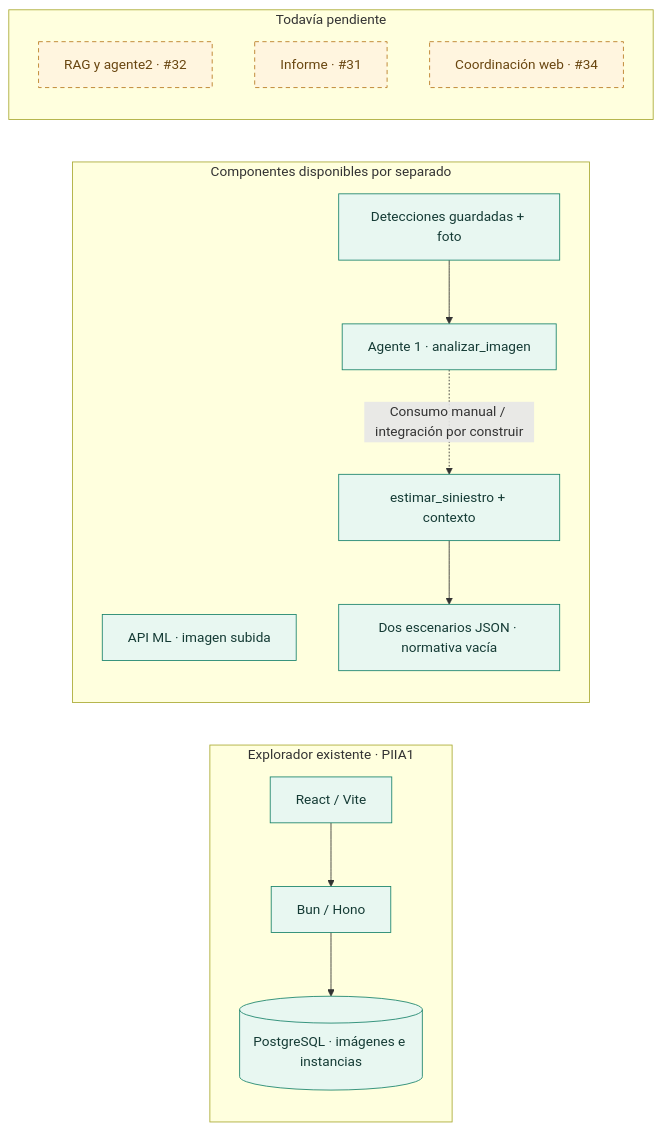
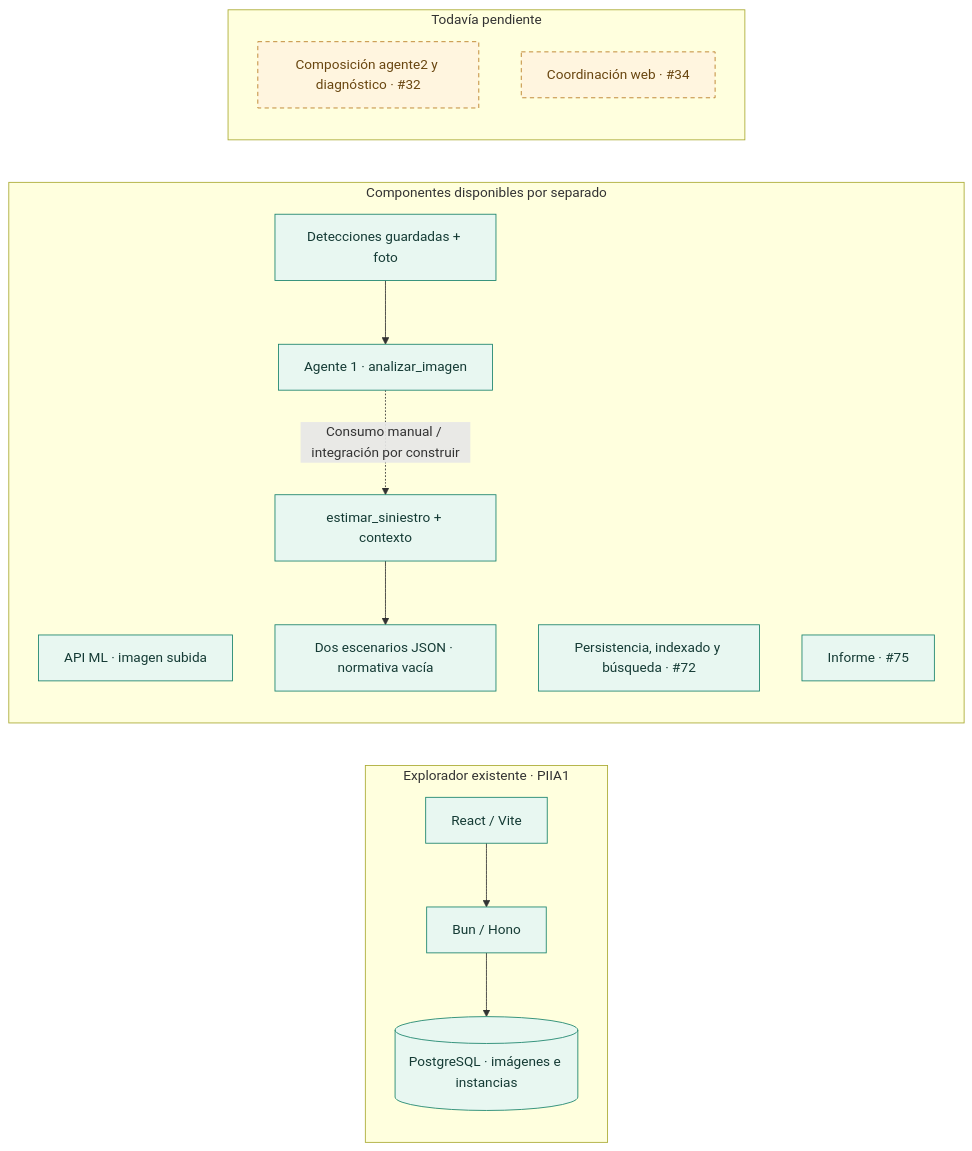
The first of 5 diagrams in entregas/cu-19-interpretacion-danos/ARCHITECTURE.md (lvckss/piia2-26), drawn with Mermaid before and after one commit. The commit also changed other lines of this file, not shown here.

Commit message:
docs(#38): actualizar RAG, Python directo y ADRs aceptados

````diff
--- a/entregas/cu-19-interpretacion-danos/ARCHITECTURE.md
+++ b/entregas/cu-19-interpretacion-danos/ARCHITECTURE.md
@@ -97,22 +93,23 @@
 ```mermaid
 flowchart LR
     subgraph web["Explorador existente · PIIA1"]
         UI["React / Vite"] --> API["Bun / Hono"]
         API --> DB[("PostgreSQL · imágenes e instancias")]
     end
     subgraph piezas["Componentes disponibles por separado"]
         ML["API ML · imagen subida"]
+        R["Persistencia, indexado y búsqueda · #72"]
+        A3["Informe · #75"]
         EX["Detecciones guardadas + foto"] --> A1["Agente 1 · analizar_imagen"]
         A1 -. "Consumo manual / integración por construir" .-> C["estimar_siniestro + contexto"]
         C --> JSON["Dos escenarios JSON · normativa vacía"]
     end
     subgraph pendiente["Todavía pendiente"]
-        R["RAG y agente2 · #32"]
-        A3["Informe · #31"]
+        A2["Composición agente2 y diagnóstico · #32"]
         O["Coordinación web · #34"]
     end
     classDef done fill:#e8f7f1,stroke:#19836b,color:#153b35
     classDef pending fill:#fff5df,stroke:#b7791f,color:#694610,stroke-dasharray:5 4
-    class UI,API,DB,ML,EX,A1,C,JSON done
-    class R,A3,O pending
+    class UI,API,DB,ML,EX,A1,C,JSON,R,A3 done
+    class A2,O pending
 ```
````
